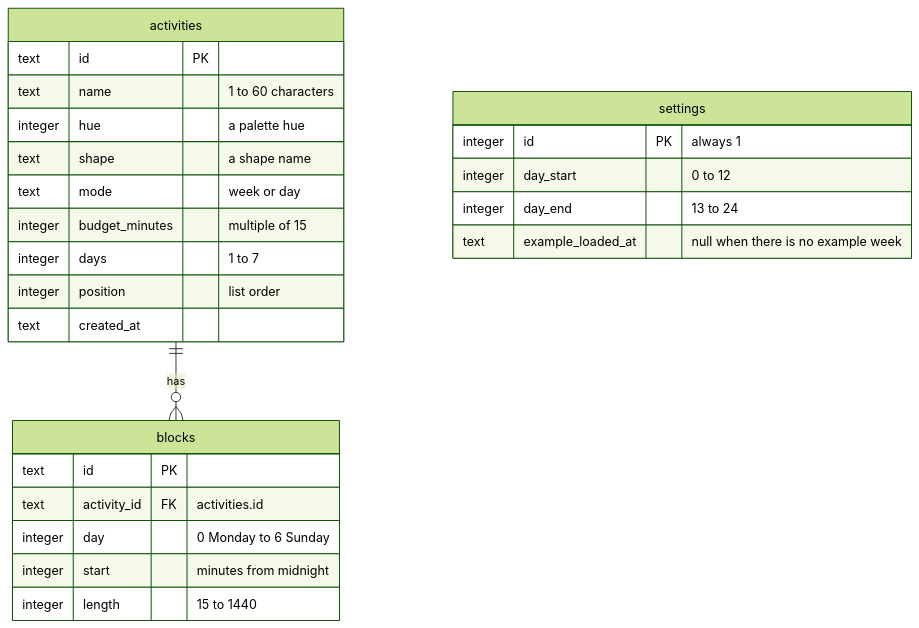
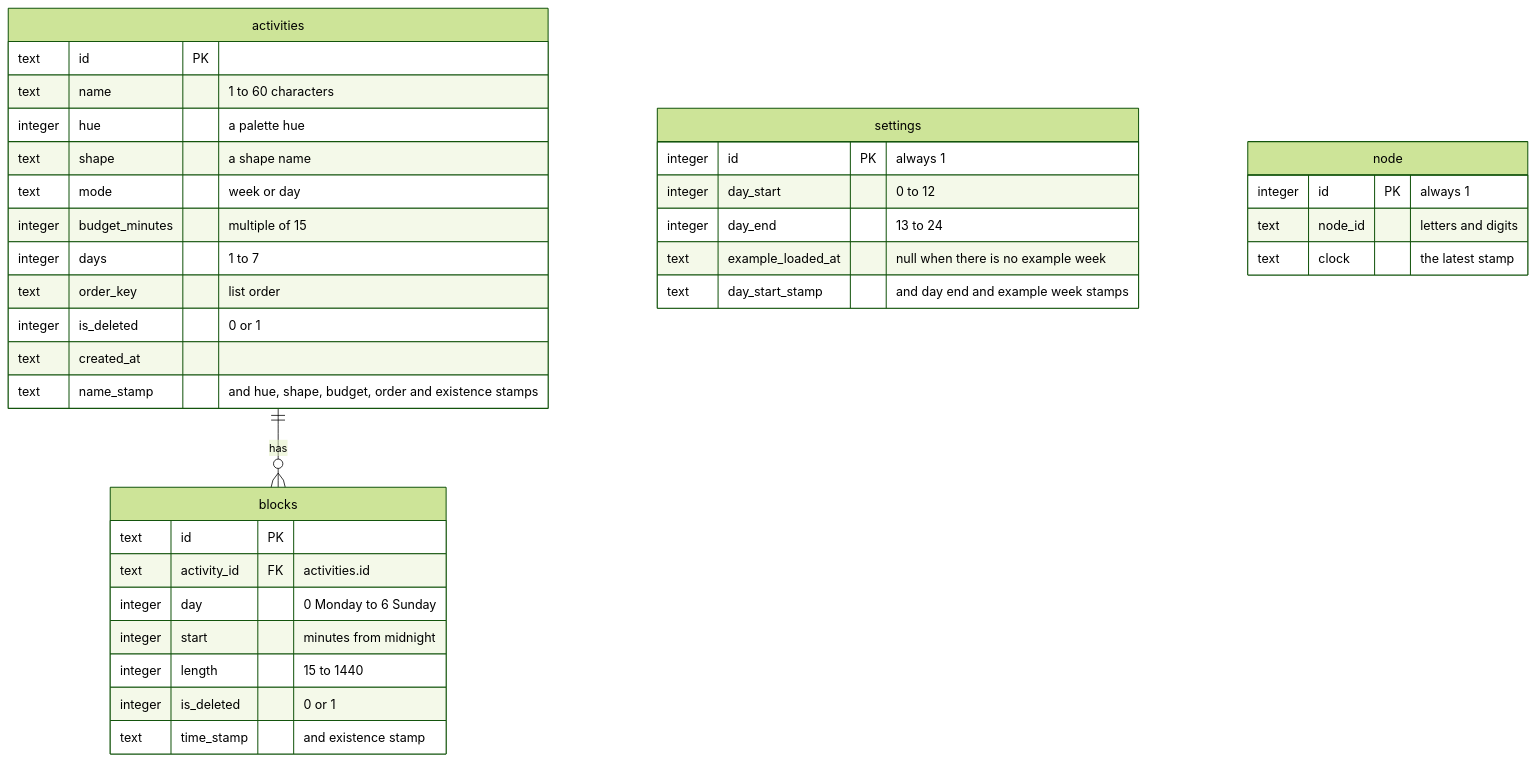
One commit to SantaClaas/week-budget-planner changed the second of 7 diagrams in docs/spec/persistence.md. Above: the diagram before and after it, drawn with Mermaid (forest theme). The commit also changed other lines of this file and 13 other files, not shown here.

````diff
--- a/docs/spec/persistence.md
+++ b/docs/spec/persistence.md
@@ -62,28 +63,38 @@
 ```mermaid
 erDiagram
   activities ||--o{ blocks : "has"
   activities {
     text id PK
     text name "1 to 60 characters"
     integer hue "a palette hue"
     text shape "a shape name"
     text mode "week or day"
     integer budget_minutes "multiple of 15"
     integer days "1 to 7"
-    integer position "list order"
+    text order_key "list order"
+    integer is_deleted "0 or 1"
     text created_at
+    text name_stamp "and hue, shape, budget, order and existence stamps"
   }
   blocks {
     text id PK
     text activity_id FK "activities.id"
     integer day "0 Monday to 6 Sunday"
     integer start "minutes from midnight"
     integer length "15 to 1440"
+    integer is_deleted "0 or 1"
+    text time_stamp "and existence stamp"
   }
   settings {
     integer id PK "always 1"
     integer day_start "0 to 12"
     integer day_end "13 to 24"
     text example_loaded_at "null when there is no example week"
+    text day_start_stamp "and day end and example week stamps"
+  }
+  node {
+    integer id PK "always 1"
+    text node_id "letters and digits"
+    text clock "the latest stamp"
   }
 ```
````
